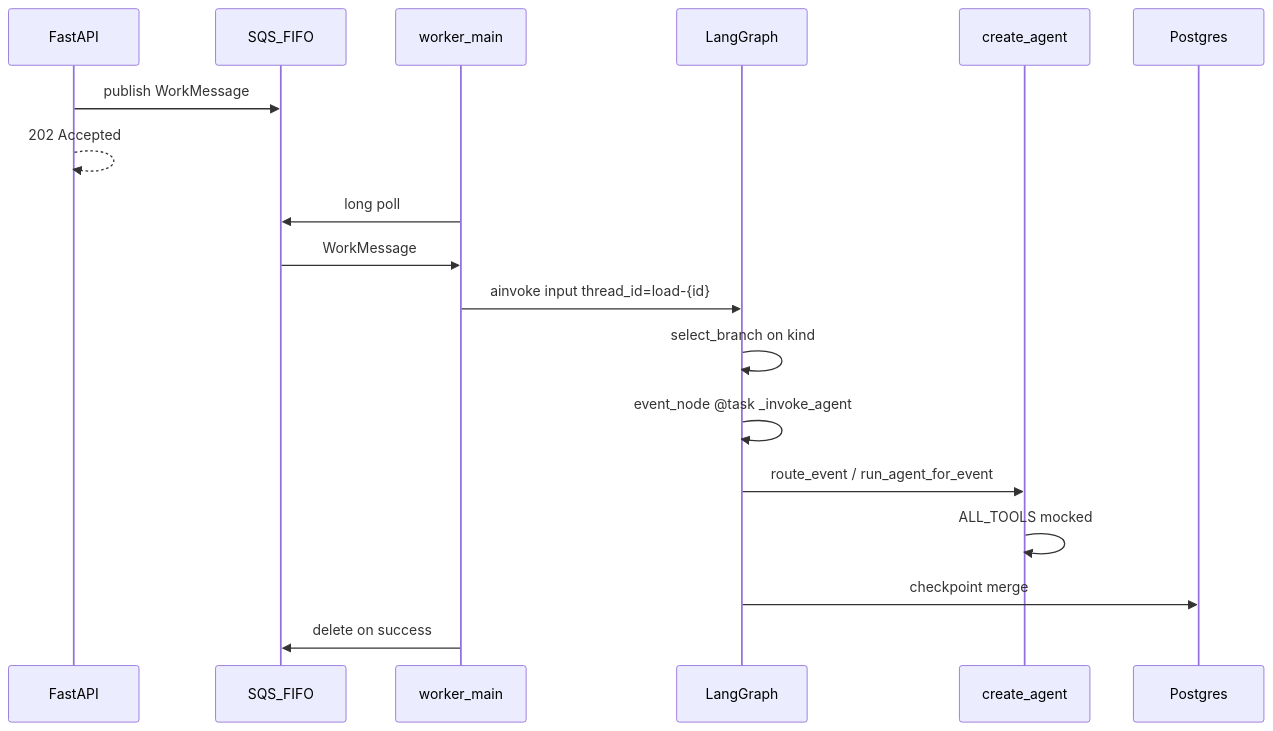
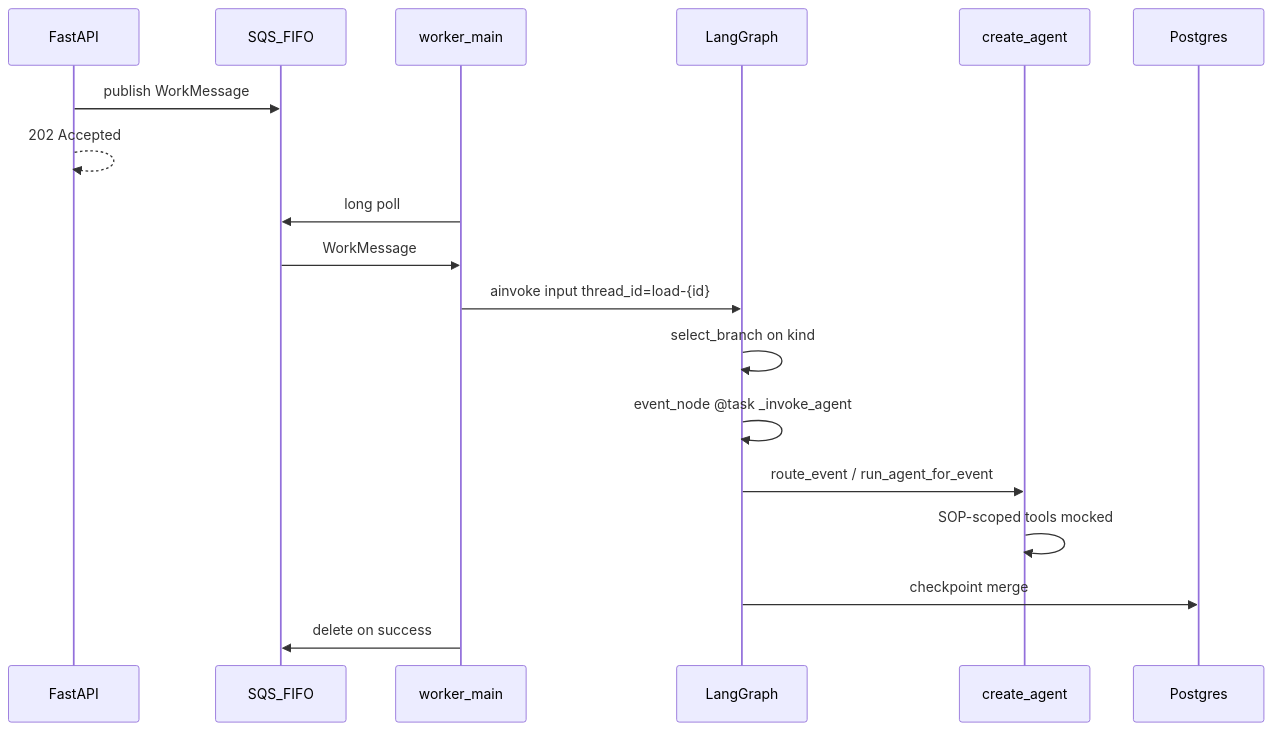
The first of 3 diagrams in app/worker/CLAUDE.md (agualbbus/fh-challenge), drawn with Mermaid before and after one commit. The commit also changed other lines of this file and 5 other files, not shown here.

First line of the commit message:
Refactor agent tool binding to use SOP-specific tools

````diff
--- a/app/worker/CLAUDE.md
+++ b/app/worker/CLAUDE.md
@@ -43,21 +43,21 @@
 ```mermaid
 sequenceDiagram
     participant API as FastAPI
     participant SQS as SQS_FIFO
     participant Main as worker_main
     participant Graph as LangGraph
     participant Agent as create_agent
     participant PG as Postgres
 
     API->>SQS: publish WorkMessage
     API-->>API: 202 Accepted
     Main->>SQS: long poll
     SQS->>Main: WorkMessage
     Main->>Graph: ainvoke input thread_id=load-{id}
     Graph->>Graph: select_branch on kind
     Graph->>Graph: event_node @task _invoke_agent
     Graph->>Agent: route_event / run_agent_for_event
-    Agent->>Agent: ALL_TOOLS mocked
+    Agent->>Agent: SOP-scoped tools mocked
     Graph->>PG: checkpoint merge
     Main->>SQS: delete on success
 ```
````
